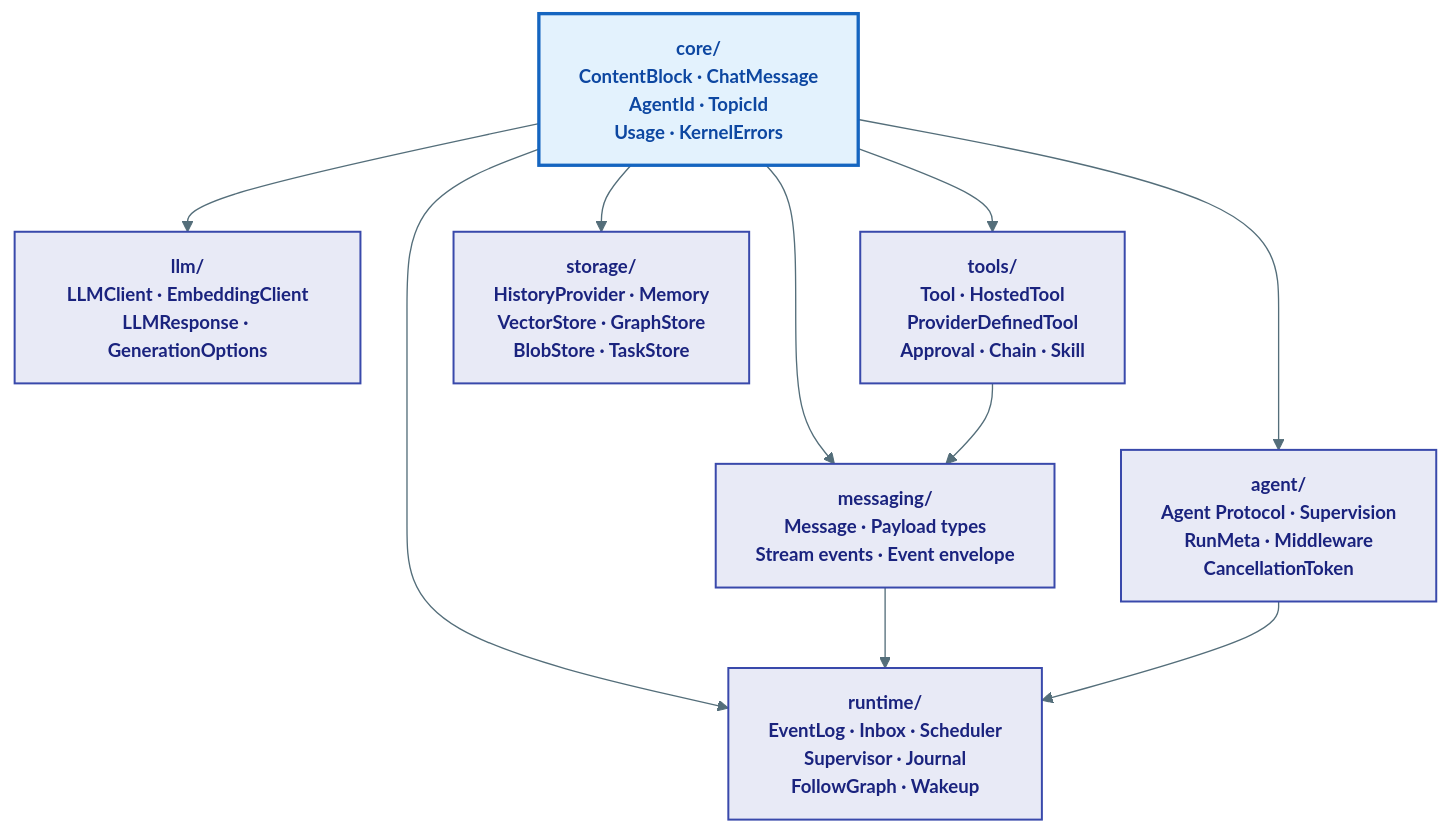
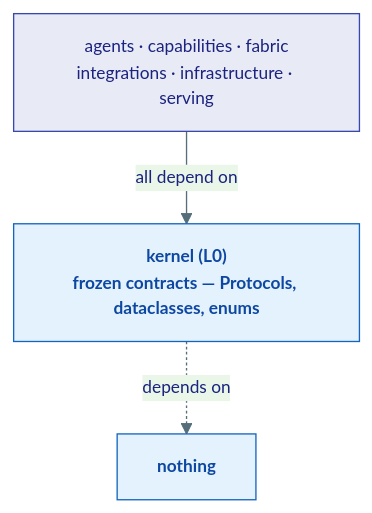
The first of 2 diagrams in agents/agent-substrate/docs/kernel/index.md (Ravikumarchavva/agent-substrate), drawn with Mermaid before and after one commit. The commit also changed other lines of this file and 139 other files, not shown here.

First line of the commit message:
Add in-memory graph and vector stores for local development and testing

````diff
--- a/agents/agent-substrate/docs/kernel/index.md
+++ b/agents/agent-substrate/docs/kernel/index.md
@@ -21,25 +12,9 @@
 ```mermaid
-%%{init: {'theme': 'base', 'themeVariables': {'primaryColor': '#E8EAF6','primaryTextColor': '#1A237E','primaryBorderColor': '#3949AB','lineColor': '#546E7A','secondaryColor': '#E3F2FD','background': '#FAFAFA','fontSize': '14px'}}}%%
+%%{init: {'theme': 'base', 'themeVariables': {'primaryColor': '#E8EAF6','primaryTextColor': '#1A237E','primaryBorderColor': '#3949AB','lineColor': '#546E7A','fontSize': '13px'}}}%%
 graph TB
-    classDef foundation fill:#E3F2FD,stroke:#1565C0,stroke-width:2.5px,color:#0D47A1,font-weight:bold
-    classDef pkg fill:#E8EAF6,stroke:#3949AB,stroke-width:1.5px,color:#1A237E,font-weight:bold
+    classDef l0 fill:#E3F2FD,stroke:#1565C0,color:#0D47A1,font-weight:bold
+    classDef up fill:#E8EAF6,stroke:#3949AB,color:#1A237E
 
-    CORE["core/\nContentBlock · ChatMessage\nAgentId · TopicId\nUsage · KernelErrors"]:::foundation
-
-    LLM["llm/\nLLMClient · EmbeddingClient\nLLMResponse · GenerationOptions"]:::pkg
-    MSG["messaging/\nMessage · Payload types\nStream events · Event envelope"]:::pkg
-    TOOLS["tools/\nTool · HostedTool\nProviderDefinedTool\nApproval · Chain · Skill"]:::pkg
-    AGENT["agent/\nAgent Protocol · Supervision\nRunMeta · Middleware\nCancellationToken"]:::pkg
-    STORE["storage/\nHistoryProvider · Memory\nVectorStore · GraphStore\nBlobStore · TaskStore"]:::pkg
-    RT["runtime/\nEventLog · Inbox · Scheduler\nSupervisor · Journal\nFollowGraph · Wakeup"]:::pkg
-
-    CORE --> LLM
-    CORE --> MSG
-    CORE --> TOOLS
-    CORE --> AGENT
-    CORE --> STORE
-    CORE --> RT
-    TOOLS --> MSG
-    MSG --> RT
-    AGENT --> RT
+    UP["agents · capabilities · fabric<br/>integrations · infrastructure · serving"]:::up -->|"all depend on"| K["kernel (L0)<br/>frozen contracts — Protocols, dataclasses, enums"]:::l0
+    K -.->|"depends on"| NOTHING["nothing"]:::l0
 ```
````
